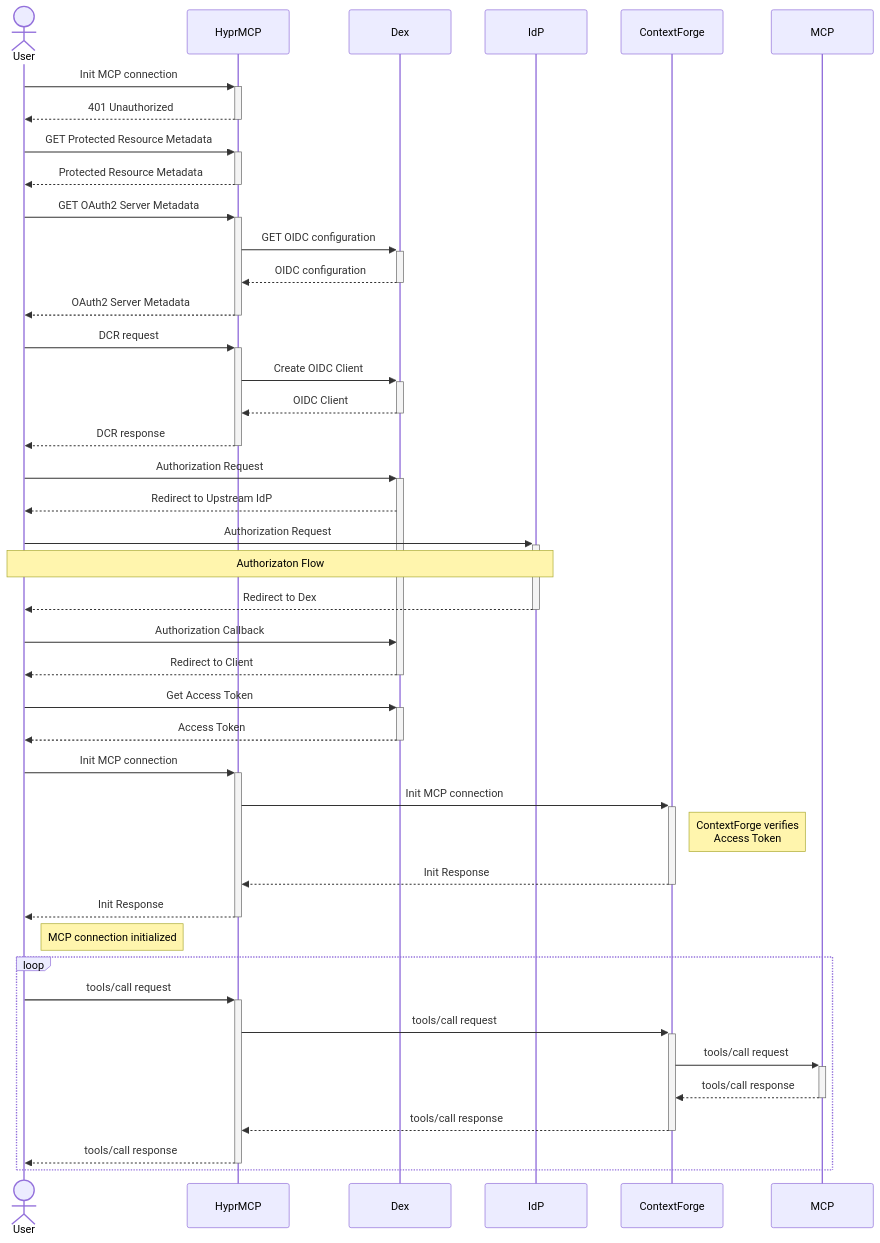
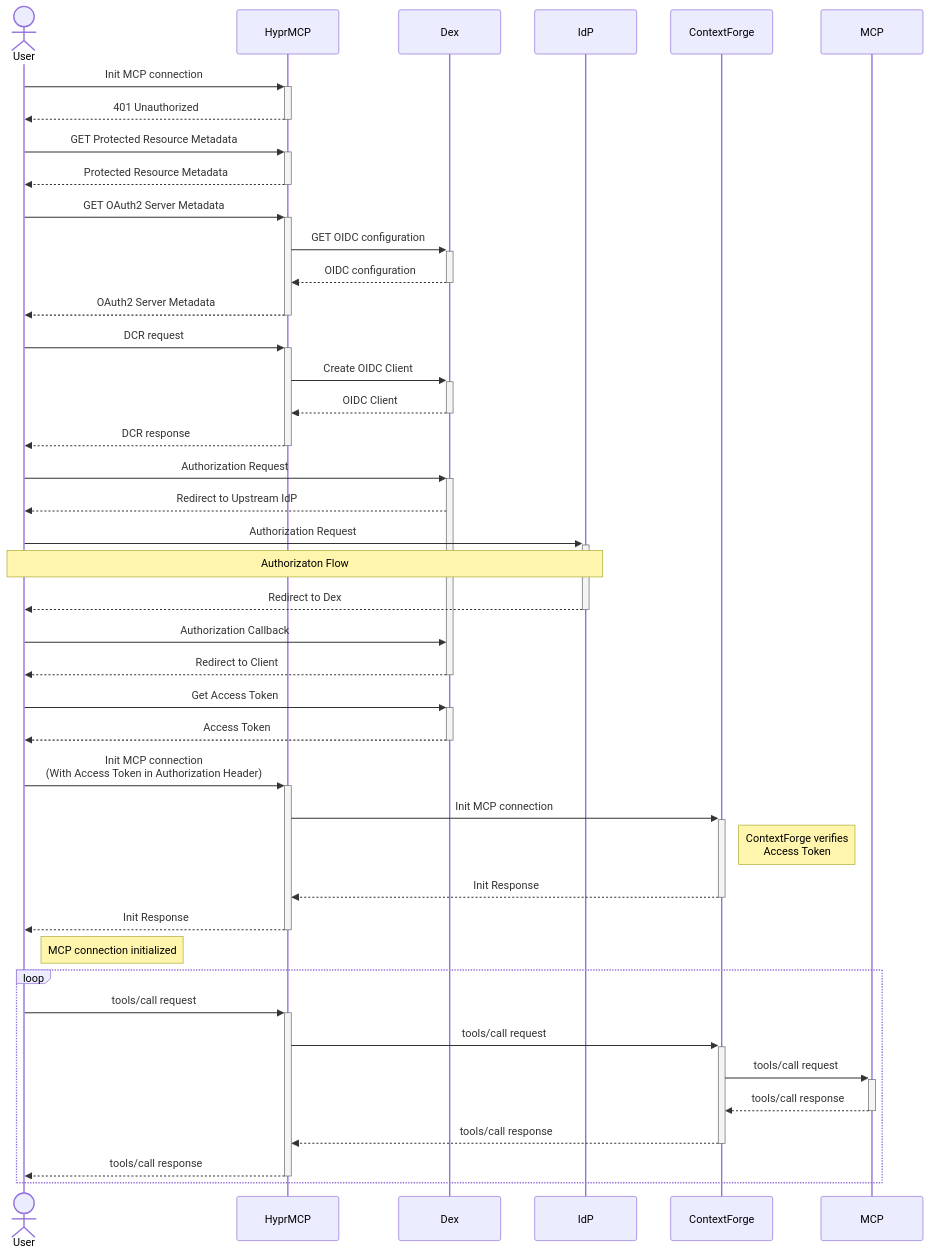
The diagram in docs/docs/tutorials/dcr-hyprmcp.md (IBM/mcp-context-forge), drawn with Mermaid before and after one commit. The commit also changed other lines of this file, not shown here.

Commit message:
docs: clarify swimlane chart, remove docker compose service name

````diff
--- a/docs/docs/tutorials/dcr-hyprmcp.md
+++ b/docs/docs/tutorials/dcr-hyprmcp.md
@@ -23,51 +23,51 @@
 ```mermaid
 sequenceDiagram
     actor User
     participant HyprMCP
     participant Dex
     participant IdP
     participant ContextForge
     participant MCP
 
     User->>+HyprMCP: Init MCP connection
     HyprMCP-->>-User: 401 Unauthorized
     User->>+HyprMCP: GET Protected Resource Metadata
     HyprMCP-->>-User: Protected Resource Metadata
 
     User->>+HyprMCP: GET OAuth2 Server Metadata
     HyprMCP->>+Dex: GET OIDC configuration
     Dex-->>-HyprMCP: OIDC configuration
     HyprMCP-->>-User: OAuth2 Server Metadata
 
     User->>+HyprMCP: DCR request
     HyprMCP->>+Dex: Create OIDC Client
     Dex-->>-HyprMCP: OIDC Client
     HyprMCP-->>-User: DCR response
 
     User->>+Dex: Authorization Request
     Dex-->>User: Redirect to Upstream IdP
     User->>+IdP: Authorization Request
     Note over User,IdP: Authorizaton Flow
     IdP-->>-User: Redirect to Dex
     User->>Dex: Authorization Callback
     Dex-->>-User: Redirect to Client
 
     User->>+Dex: Get Access Token
     Dex-->>-User: Access Token
 
-    User->>+HyprMCP: Init MCP connection
+    User->>+HyprMCP: Init MCP connection<br>(With Access Token in Authorization Header)
     HyprMCP->>+ContextForge: Init MCP connection
     note right of ContextForge: ContextForge verifies<br>Access Token
     ContextForge-->>-HyprMCP: Init Response
     HyprMCP-->>-User: Init Response
     Note right of User: MCP connection initialized
 
     loop
         User->>+HyprMCP: tools/call request
         HyprMCP->>+ContextForge: tools/call request
         ContextForge->>+MCP: tools/call request
         MCP-->>-ContextForge: tools/call response
         ContextForge-->>-HyprMCP: tools/call response
         HyprMCP-->>-User: tools/call response
     end
 ```
````
